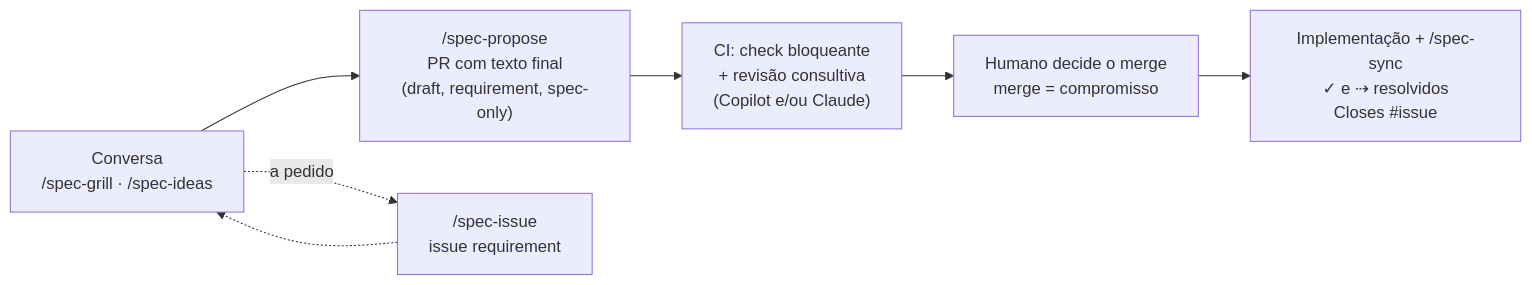
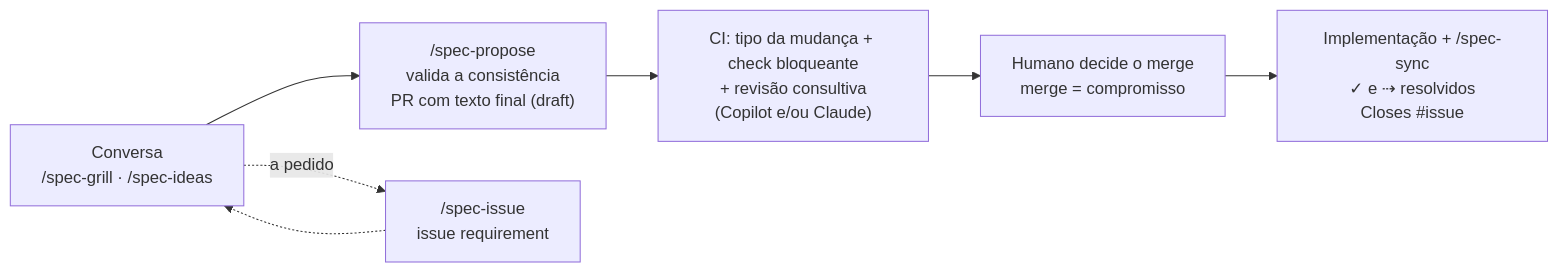
The diagram in README.md (useful-toys/Tabularium), drawn with Mermaid before and after one commit. The commit also changed other lines of this file and 36 other files, not shown here.

First line of the commit message:
Definição do tabularium: consistência da spec e tipos de mudança (#14)

````diff
--- a/README.md
+++ b/README.md
@@ -13,9 +13,9 @@
 ```mermaid
 flowchart LR
-  G["Conversa<br/>/spec-grill · /spec-ideas"] --> P["/spec-propose<br/>PR com texto final<br/>(draft, requirement, spec-only)"]
+  G["Conversa<br/>/spec-grill · /spec-ideas"] --> P["/spec-propose<br/>valida a consistência<br/>PR com texto final (draft)"]
   G -.->|a pedido| I["/spec-issue<br/>issue requirement"]
   I -.-> G
-  P --> R["CI: check bloqueante<br/>+ revisão consultiva<br/>(Copilot e/ou Claude)"]
+  P --> R["CI: tipo da mudança + check bloqueante<br/>+ revisão consultiva<br/>(Copilot e/ou Claude)"]
   R --> A["Humano decide o merge<br/>merge = compromisso"]
   A --> C["Implementação + /spec-sync<br/>✓ e ⇢ resolvidos<br/>Closes #issue"]
 ```
````
